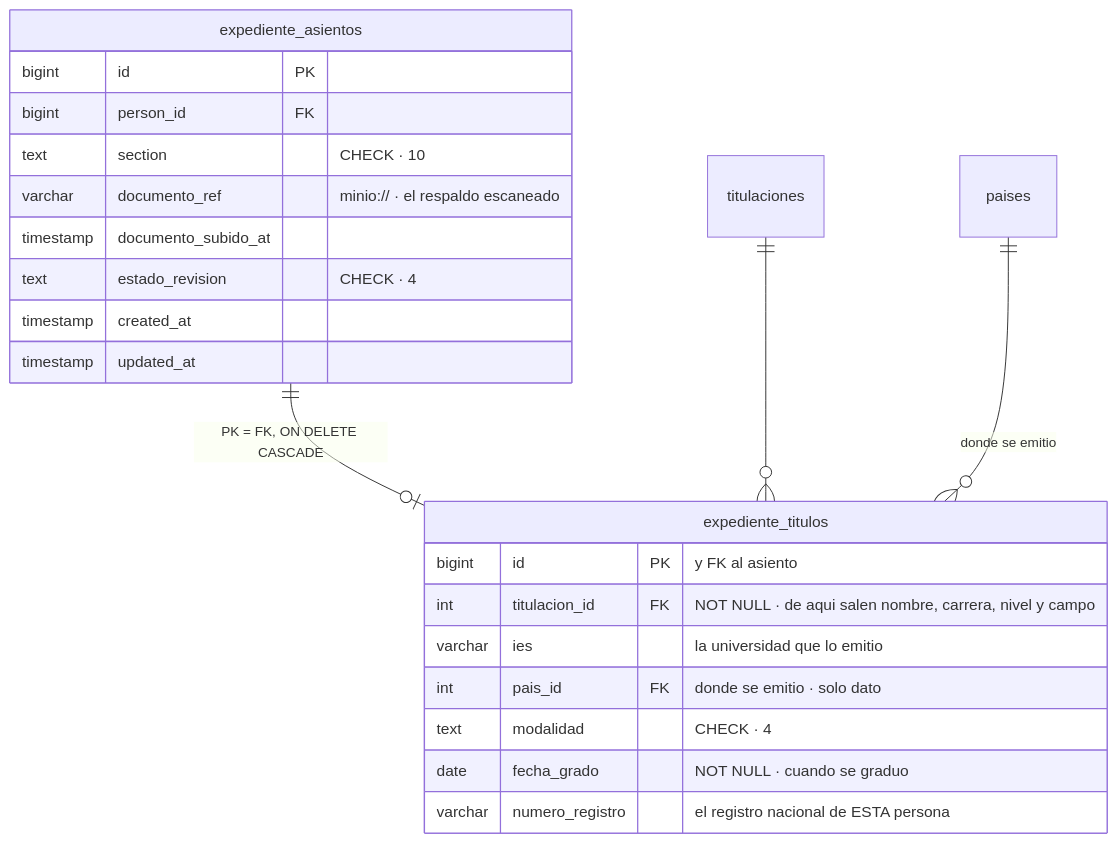
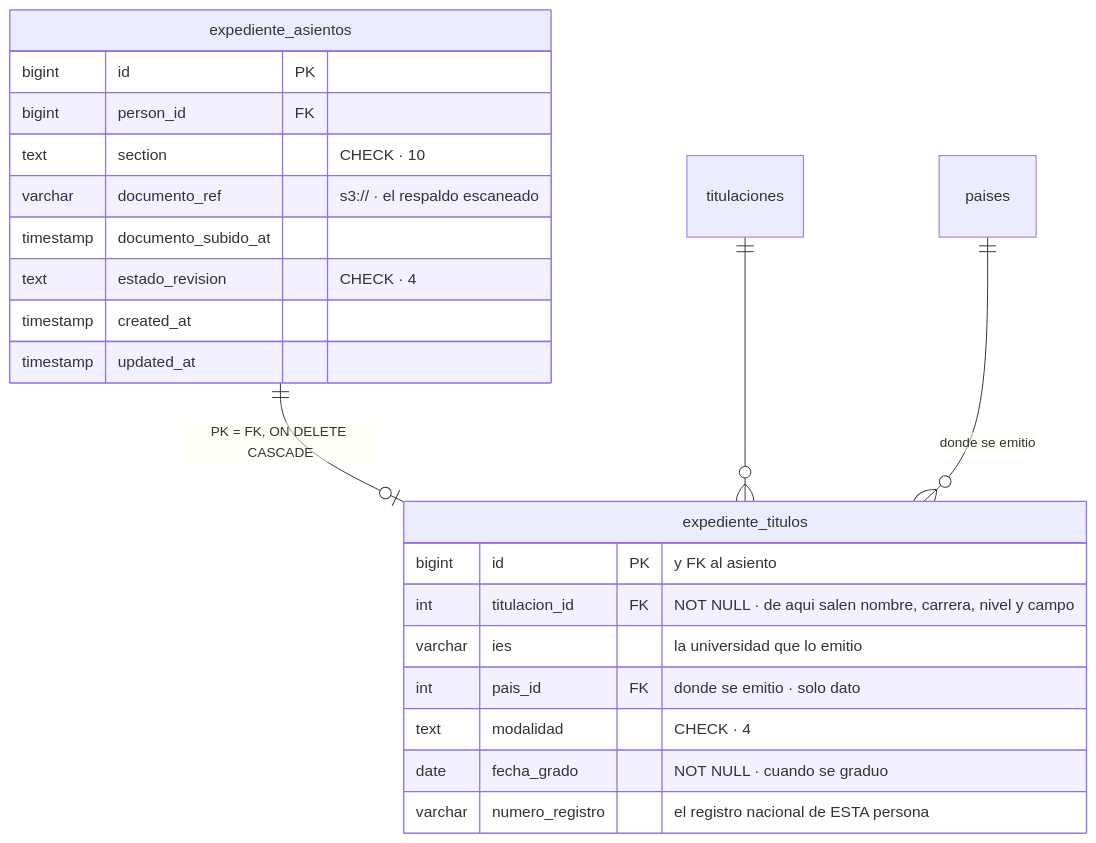
One commit to fresvel/deasy changed the sixth of 8 diagrams in docs/src/content/docs/complemento/expediente.md. Above: the diagram before and after it, drawn with Mermaid. The commit also changed other lines of this file and 128 other files, not shown here.

````diff
--- a/docs/src/content/docs/complemento/expediente.md
+++ b/docs/src/content/docs/complemento/expediente.md
@@ -463,27 +463,27 @@
 ```mermaid
 erDiagram
   expediente_asientos ||--o| expediente_titulos : "PK = FK, ON DELETE CASCADE"
   titulaciones ||--o{ expediente_titulos : ""
   paises ||--o{ expediente_titulos : "donde se emitio"
 
   expediente_asientos {
     bigint id PK
     bigint person_id FK
     text section "CHECK · 10"
-    varchar documento_ref "minio:// · el respaldo escaneado"
+    varchar documento_ref "s3:// · el respaldo escaneado"
     timestamp documento_subido_at
     text estado_revision "CHECK · 4"
     timestamp created_at
     timestamp updated_at
   }
 
   expediente_titulos {
     bigint id PK "y FK al asiento"
     int titulacion_id FK "NOT NULL · de aqui salen nombre, carrera, nivel y campo"
     varchar ies "la universidad que lo emitio"
     int pais_id FK "donde se emitio · solo dato"
     text modalidad "CHECK · 4"
     date fecha_grado "NOT NULL · cuando se graduo"
     varchar numero_registro "el registro nacional de ESTA persona"
   }
 ```
````
